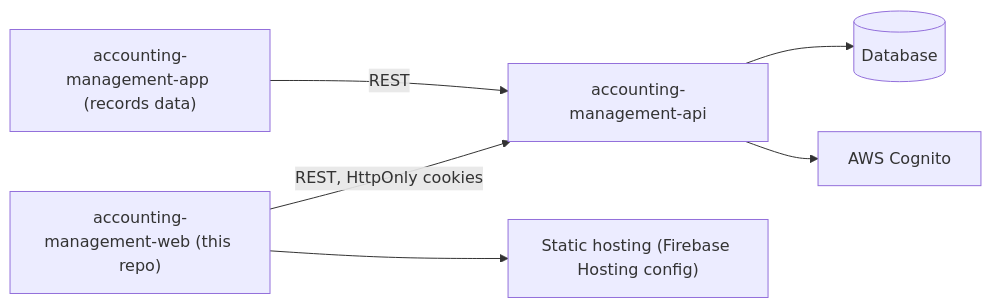
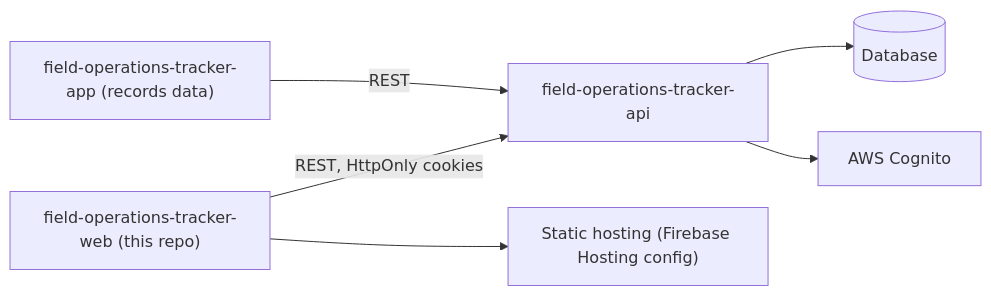
Before and after one commit to mkwitko/field-operations-tracker-web: the first of 2 diagrams in README.md, drawn with Mermaid. The commit also changed other lines of this file and 8 other files, not shown here.

Commit message:
chore: rename to field-operations-tracker-web and move contact details to env vars

````diff
--- a/README.md
+++ b/README.md
@@ -18,8 +18,8 @@
 ```mermaid
 flowchart LR
-  Mobile["accounting-management-app (records data)"] -->|REST| API["accounting-management-api"]
-  Web["accounting-management-web (this repo)"] -->|"REST, HttpOnly cookies"| API
+  Mobile["field-operations-tracker-app (records data)"] -->|REST| API["field-operations-tracker-api"]
+  Web["field-operations-tracker-web (this repo)"] -->|"REST, HttpOnly cookies"| API
   API --> DB[(Database)]
   API --> Cognito[AWS Cognito]
   Web --> Hosting["Static hosting (Firebase Hosting config)"]
 ```
````
